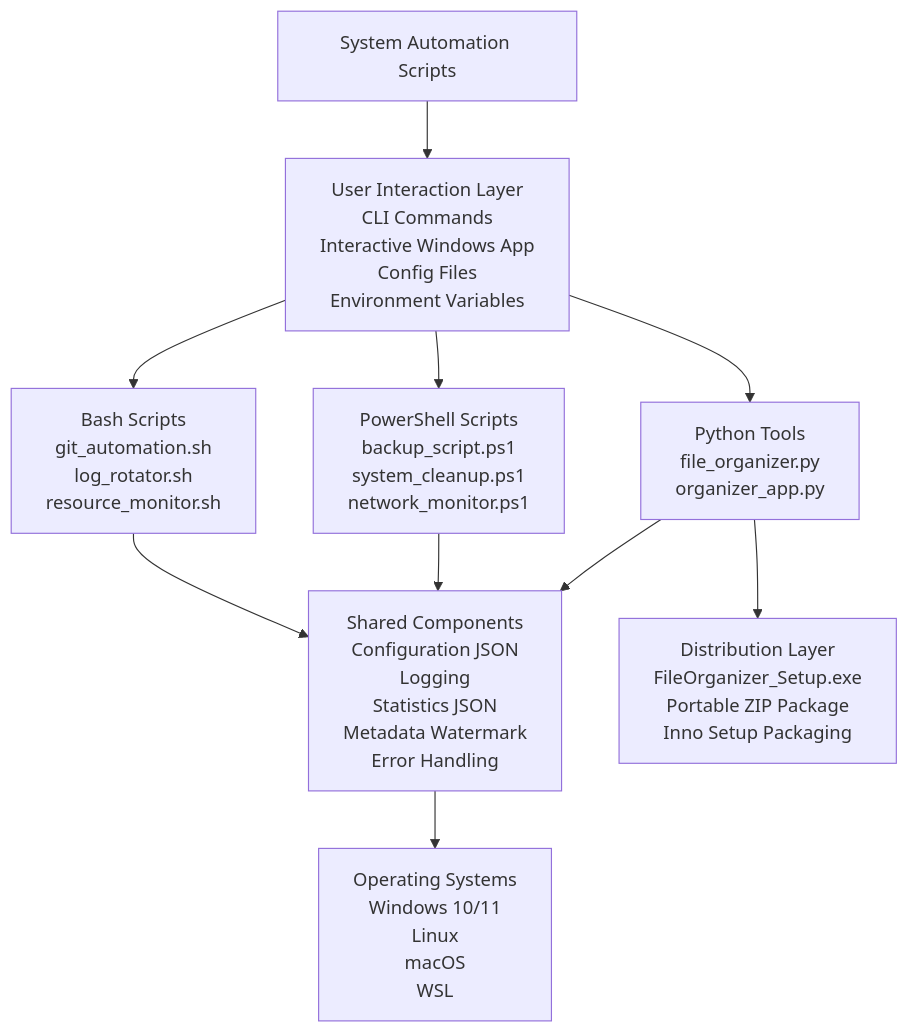
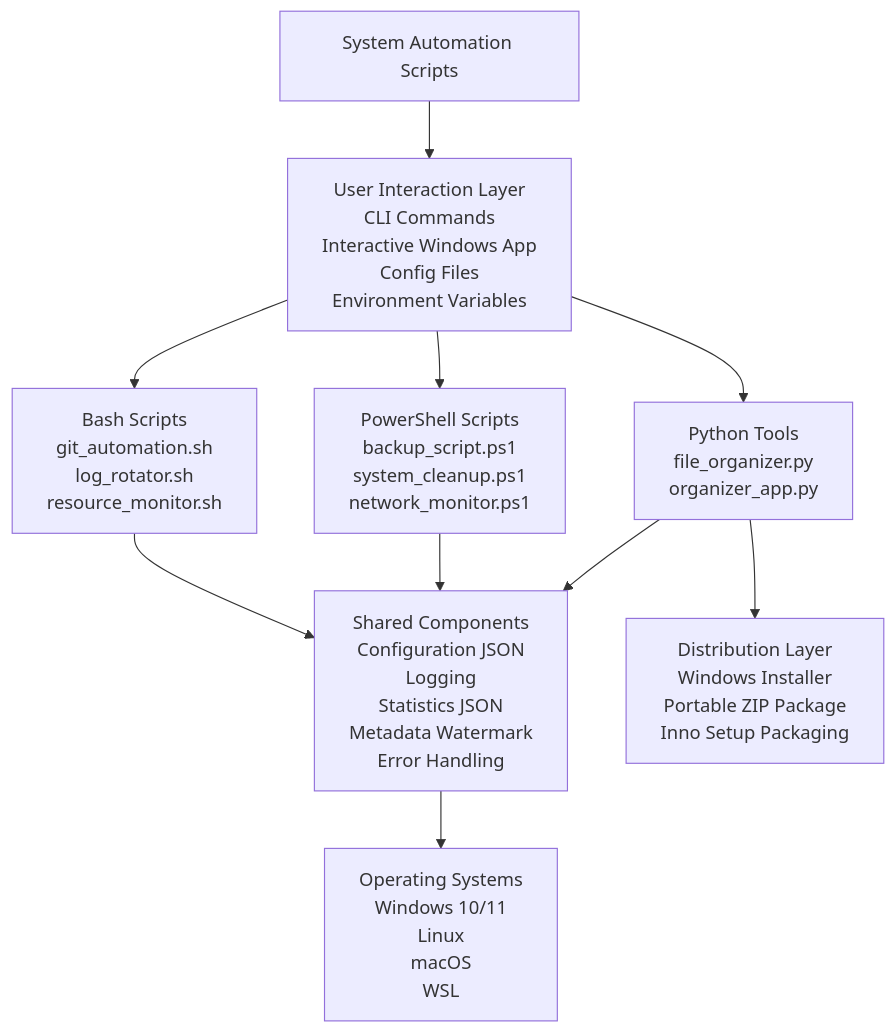
Before and after one commit to dianadesiree/system-automation-scripts: the diagram in README.md, drawn with Mermaid. The commit also changed other lines of this file, not shown here.

````diff
--- a/README.md
+++ b/README.md
@@ -117,27 +106,27 @@
 ```mermaid
 flowchart TD
     A[System Automation Scripts]
 
     B[User Interaction Layer<br/>CLI Commands<br/>Interactive Windows App<br/>Config Files<br/>Environment Variables]
     A --> B
 
     C[Python Tools<br/>file_organizer.py<br/>organizer_app.py]
     D[PowerShell Scripts<br/>backup_script.ps1<br/>system_cleanup.ps1<br/>network_monitor.ps1]
     E[Bash Scripts<br/>git_automation.sh<br/>log_rotator.sh<br/>resource_monitor.sh]
 
     B --> C
     B --> D
     B --> E
 
     F[Shared Components<br/>Configuration JSON<br/>Logging<br/>Statistics JSON<br/>Metadata Watermark<br/>Error Handling]
 
     C --> F
     D --> F
     E --> F
 
-    H[Distribution Layer<br/>FileOrganizer_Setup.exe<br/>Portable ZIP Package<br/>Inno Setup Packaging]
+    H[Distribution Layer<br/>Windows Installer<br/>Portable ZIP Package<br/>Inno Setup Packaging]
     C --> H
 
     G[Operating Systems<br/>Windows 10/11<br/>Linux<br/>macOS<br/>WSL]
     F --> G
 ```
````
